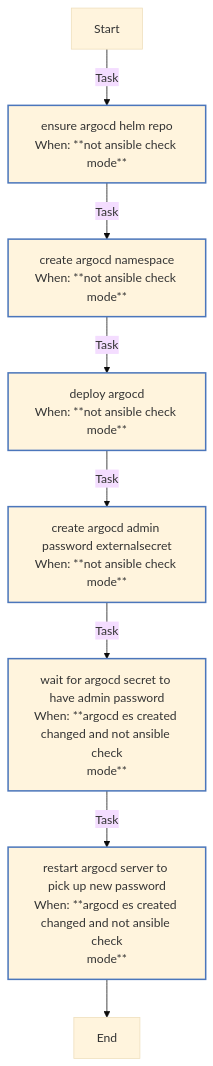
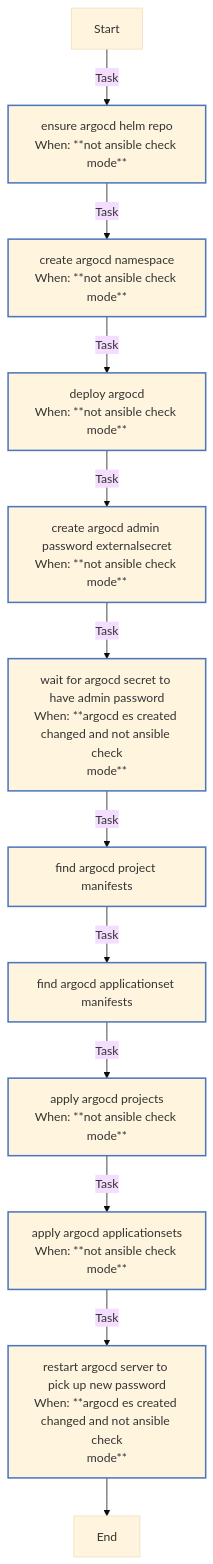
The diagram in roles/argocd/README.md (rou-cru/k3s-homelab), drawn with Mermaid (base theme) before and after one commit. The commit also changed other lines of this file and 57 other files, not shown here.

````diff
--- a/roles/argocd/README.md
+++ b/roles/argocd/README.md
@@ -130,20 +136,24 @@
 ```mermaid
 flowchart TD
 Start
 classDef block stroke:#3498db,stroke-width:2px;
 classDef task stroke:#4b76bb,stroke-width:2px;
 classDef includeTasks stroke:#16a085,stroke-width:2px;
 classDef importTasks stroke:#34495e,stroke-width:2px;
 classDef includeRole stroke:#2980b9,stroke-width:2px;
 classDef importRole stroke:#699ba7,stroke-width:2px;
 classDef includeVars stroke:#8e44ad,stroke-width:2px;
 classDef rescue stroke:#665352,stroke-width:2px;
 
   Start-->|Task| Ensure_ArgoCD_Helm_repo0[ensure argocd helm repo<br>When: **not ansible check mode**]:::task
   Ensure_ArgoCD_Helm_repo0-->|Task| Create_argocd_namespace1[create argocd namespace<br>When: **not ansible check mode**]:::task
   Create_argocd_namespace1-->|Task| Deploy_ArgoCD2[deploy argocd<br>When: **not ansible check mode**]:::task
   Deploy_ArgoCD2-->|Task| Create_ArgoCD_Admin_Password_ExternalSecret3[create argocd admin password externalsecret<br>When: **not ansible check mode**]:::task
   Create_ArgoCD_Admin_Password_ExternalSecret3-->|Task| Wait_for_argocd_secret_to_have_admin_password4[wait for argocd secret to have admin password<br>When: **argocd es created changed and not ansible check<br>mode**]:::task
-  Wait_for_argocd_secret_to_have_admin_password4-->|Task| Restart_ArgoCD_Server_to_pick_up_new_password5[restart argocd server to pick up new password<br>When: **argocd es created changed and not ansible check<br>mode**]:::task
-  Restart_ArgoCD_Server_to_pick_up_new_password5-->End
+  Wait_for_argocd_secret_to_have_admin_password4-->|Task| Find_ArgoCD_project_manifests5[find argocd project manifests]:::task
+  Find_ArgoCD_project_manifests5-->|Task| Find_ArgoCD_ApplicationSet_manifests6[find argocd applicationset manifests]:::task
+  Find_ArgoCD_ApplicationSet_manifests6-->|Task| Apply_ArgoCD_projects7[apply argocd projects<br>When: **not ansible check mode**]:::task
+  Apply_ArgoCD_projects7-->|Task| Apply_ArgoCD_ApplicationSets8[apply argocd applicationsets<br>When: **not ansible check mode**]:::task
+  Apply_ArgoCD_ApplicationSets8-->|Task| Restart_ArgoCD_Server_to_pick_up_new_password9[restart argocd server to pick up new password<br>When: **argocd es created changed and not ansible check<br>mode**]:::task
+  Restart_ArgoCD_Server_to_pick_up_new_password9-->End
 ```
````
